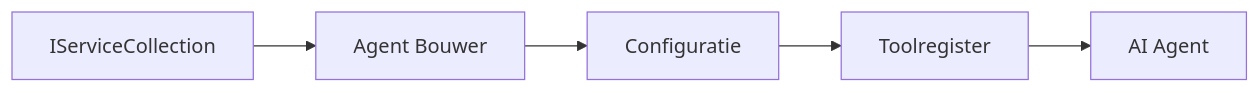
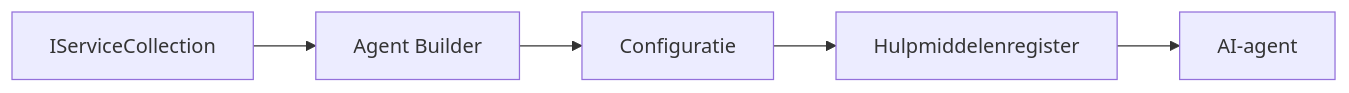
Before and after one commit to venturemavenwill/azureaifundamentals: the diagram in translations/nl/03-agentic-design-patterns/code_samples/03-dotnet-agent-framework.md, drawn with Mermaid. The commit also changed other lines of this file and 2002 other files, not shown here.

````diff
--- a/translations/nl/03-agentic-design-patterns/code_samples/03-dotnet-agent-framework.md
+++ b/translations/nl/03-agentic-design-patterns/code_samples/03-dotnet-agent-framework.md
@@ -41,7 +41,7 @@
 ```mermaid
 graph LR
-    A[IServiceCollection] --> B[Agent Bouwer]
+    A[IServiceCollection] --> B[Agent Builder]
     B --> C[Configuratie]
-    C --> D[Toolregister]
-    D --> E[AI Agent]
+    C --> D[Hulpmiddelenregister]
+    D --> E[AI-agent]
 ```
````
